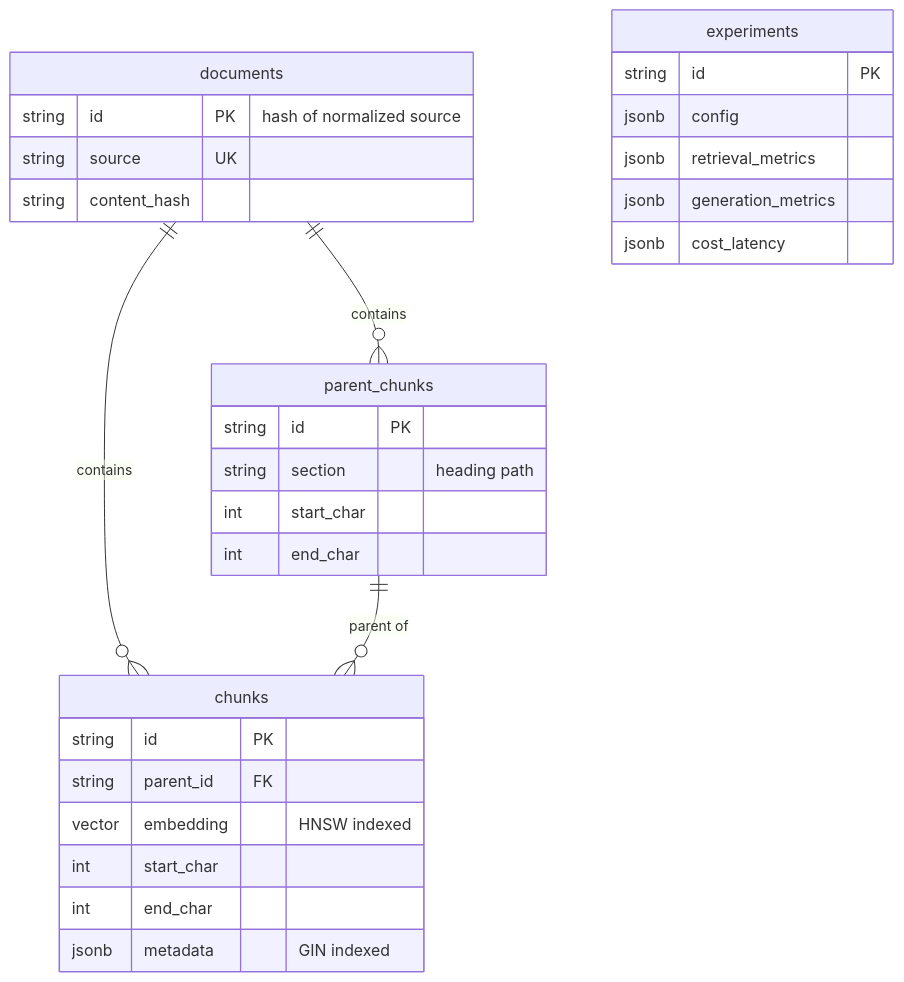
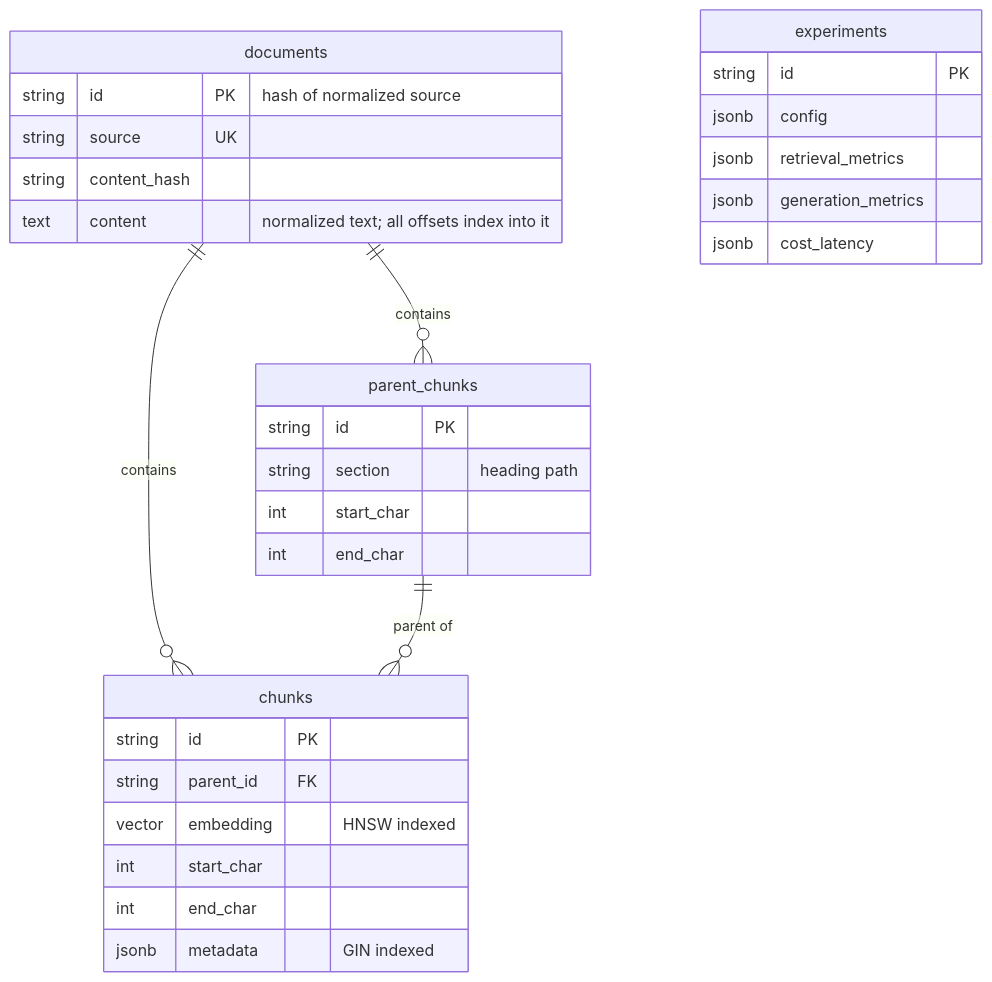
One commit to halaalhomie/rag-eval changed the second of 2 diagrams in docs/architecture.md. Above: the diagram before and after it, drawn with Mermaid. The commit also changed other lines of this file and 25 other files, not shown here.

````diff
--- a/docs/architecture.md
+++ b/docs/architecture.md
@@ -66,32 +66,33 @@
 ```mermaid
 erDiagram
     documents ||--o{ parent_chunks : contains
     documents ||--o{ chunks : contains
     parent_chunks ||--o{ chunks : "parent of"
     documents {
         string id PK "hash of normalized source"
         string source UK
         string content_hash
+        text content "normalized text; all offsets index into it"
     }
     parent_chunks {
         string id PK
         string section "heading path"
         int start_char
         int end_char
     }
     chunks {
         string id PK
         string parent_id FK
         vector embedding "HNSW indexed"
         int start_char
         int end_char
         jsonb metadata "GIN indexed"
     }
     experiments {
         string id PK
         jsonb config
         jsonb retrieval_metrics
         jsonb generation_metrics
         jsonb cost_latency
     }
 ```
````
